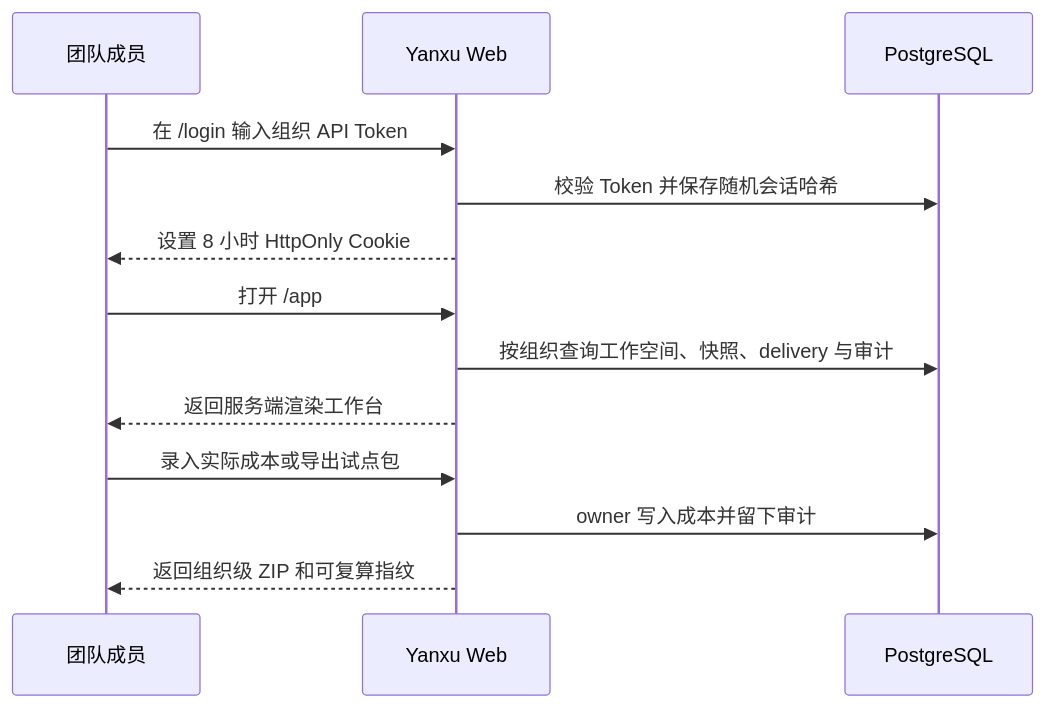
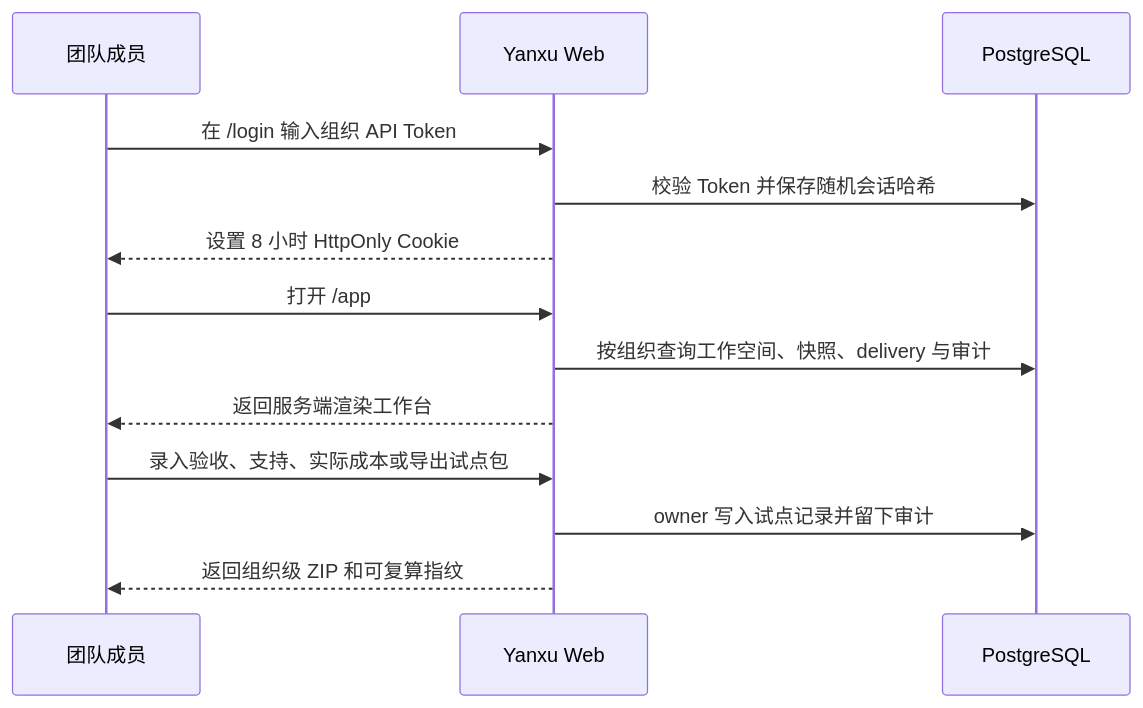
The diagram in docs/PILOT_DASHBOARD.md (guannan1031/yanxu-dev), drawn with Mermaid before and after one commit. The commit also changed other lines of this file and 16 other files, not shown here.

````diff
--- a/docs/PILOT_DASHBOARD.md
+++ b/docs/PILOT_DASHBOARD.md
@@ -9,15 +9,15 @@
 ```mermaid
 sequenceDiagram
     participant U as 团队成员
     participant W as Yanxu Web
     participant DB as PostgreSQL
     U->>W: 在 /login 输入组织 API Token
     W->>DB: 校验 Token 并保存随机会话哈希
     W-->>U: 设置 8 小时 HttpOnly Cookie
     U->>W: 打开 /app
     W->>DB: 按组织查询工作空间、快照、delivery 与审计
     W-->>U: 返回服务端渲染工作台
-    U->>W: 录入实际成本或导出试点包
-    W->>DB: owner 写入成本并留下审计
+    U->>W: 录入验收、支持、实际成本或导出试点包
+    W->>DB: owner 写入试点记录并留下审计
     W-->>U: 返回组织级 ZIP 和可复算指纹
 ```
````
